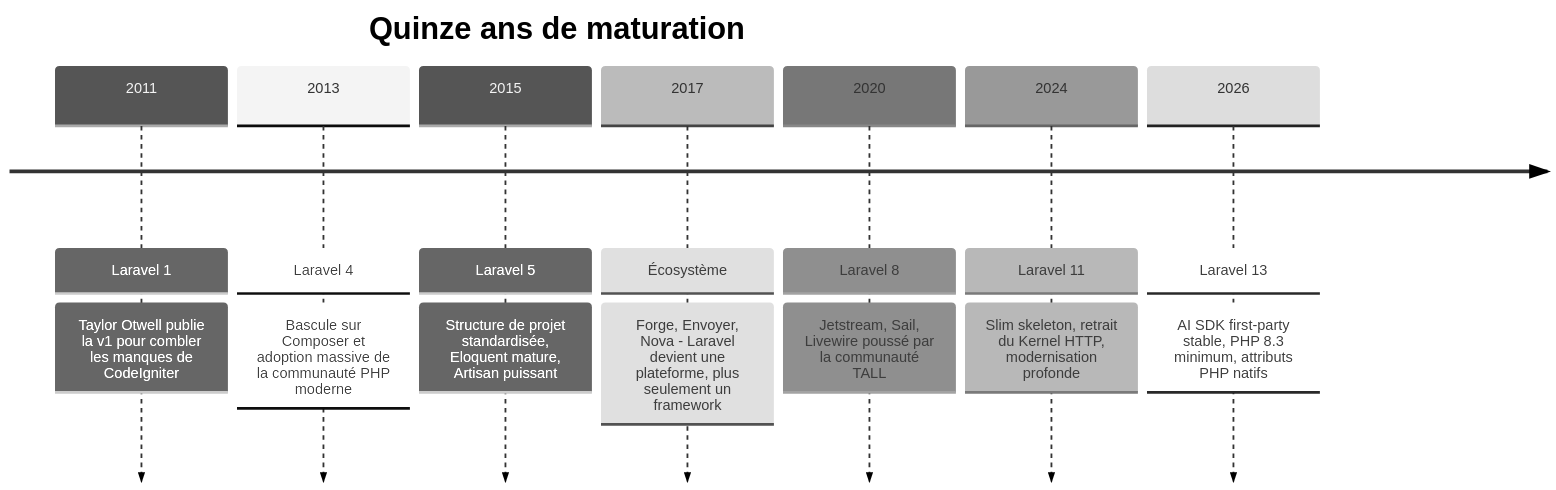
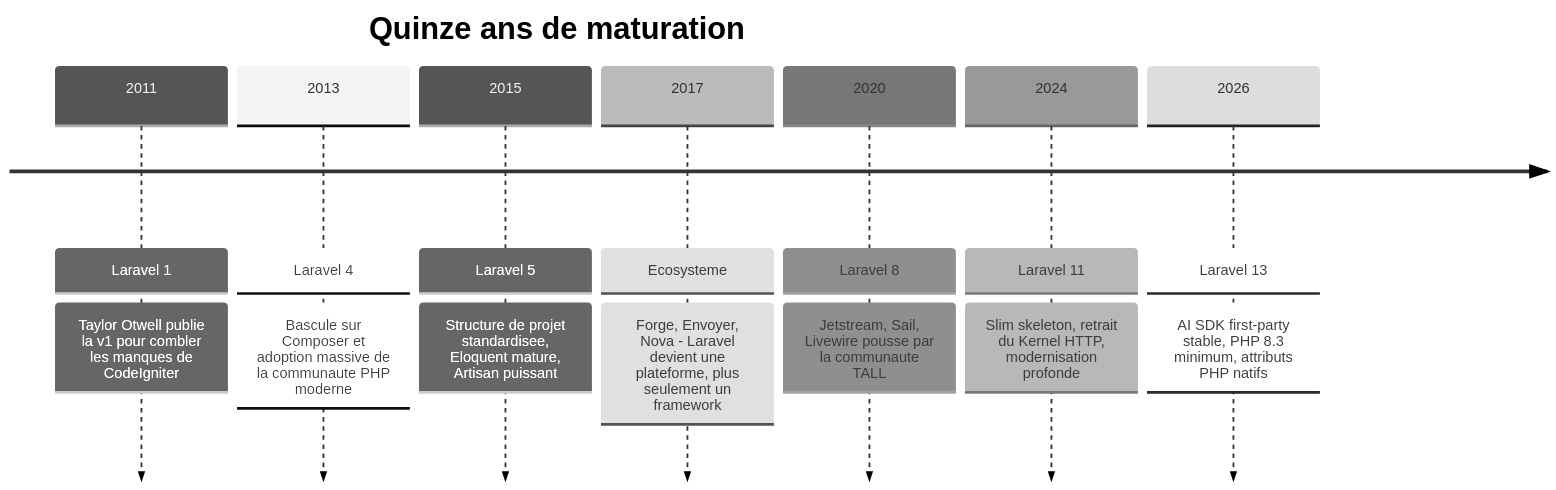
One commit to zyrass/omnydocs changed the first of 2 diagrams in docs/dev-cloud/frameworks/laravel/chapitre-00/02-c-est-quoi-laravel.md. Above: the diagram before and after it, drawn with Mermaid. The commit also changed other lines of this file and 14 other files, not shown here.

````diff
--- a/docs/dev-cloud/frameworks/laravel/chapitre-00/02-c-est-quoi-laravel.md
+++ b/docs/dev-cloud/frameworks/laravel/chapitre-00/02-c-est-quoi-laravel.md
@@ -44,22 +44,19 @@
 ```mermaid
----
-config:
-  theme: neutral
----
+%%{init: {'theme':'neutral'}}%%
 timeline
     title Quinze ans de maturation
     2011 : Laravel 1
          : Taylor Otwell publie la v1 pour combler les manques de CodeIgniter
     2013 : Laravel 4
-         : Bascule sur Composer et adoption massive de la communauté PHP moderne
+         : Bascule sur Composer et adoption massive de la communaute PHP moderne
     2015 : Laravel 5
-         : Structure de projet standardisée, Eloquent mature, Artisan puissant
-    2017 : Écosystème
+         : Structure de projet standardisee, Eloquent mature, Artisan puissant
+    2017 : Ecosysteme
          : Forge, Envoyer, Nova - Laravel devient une plateforme, plus seulement un framework
     2020 : Laravel 8
-         : Jetstream, Sail, Livewire poussé par la communauté TALL
+         : Jetstream, Sail, Livewire pousse par la communaute TALL
     2024 : Laravel 11
          : Slim skeleton, retrait du Kernel HTTP, modernisation profonde
     2026 : Laravel 13
          : AI SDK first-party stable, PHP 8.3 minimum, attributs PHP natifs
 ```
````
